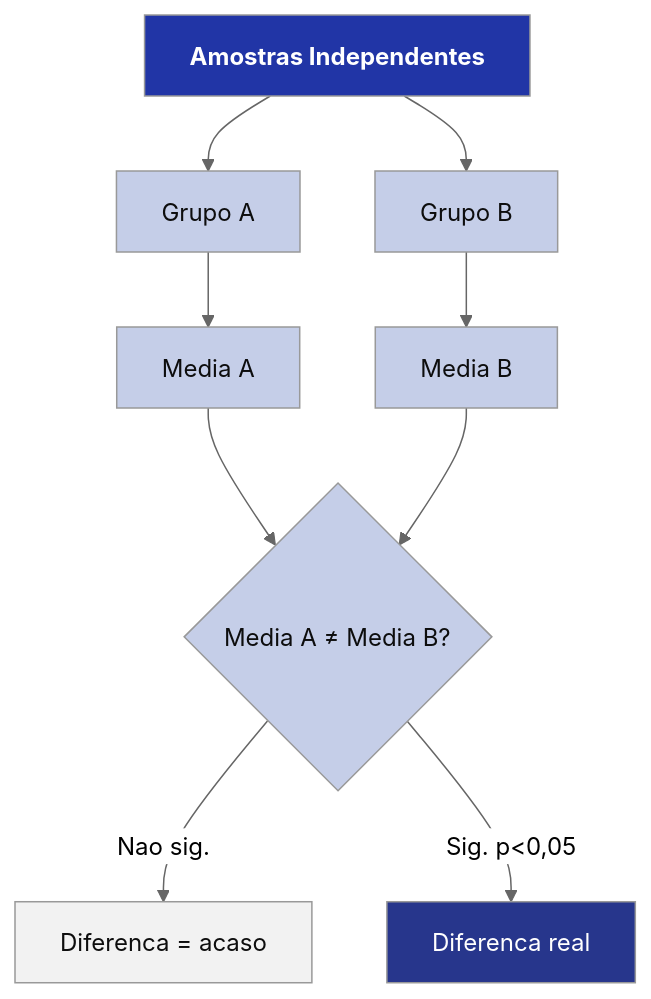
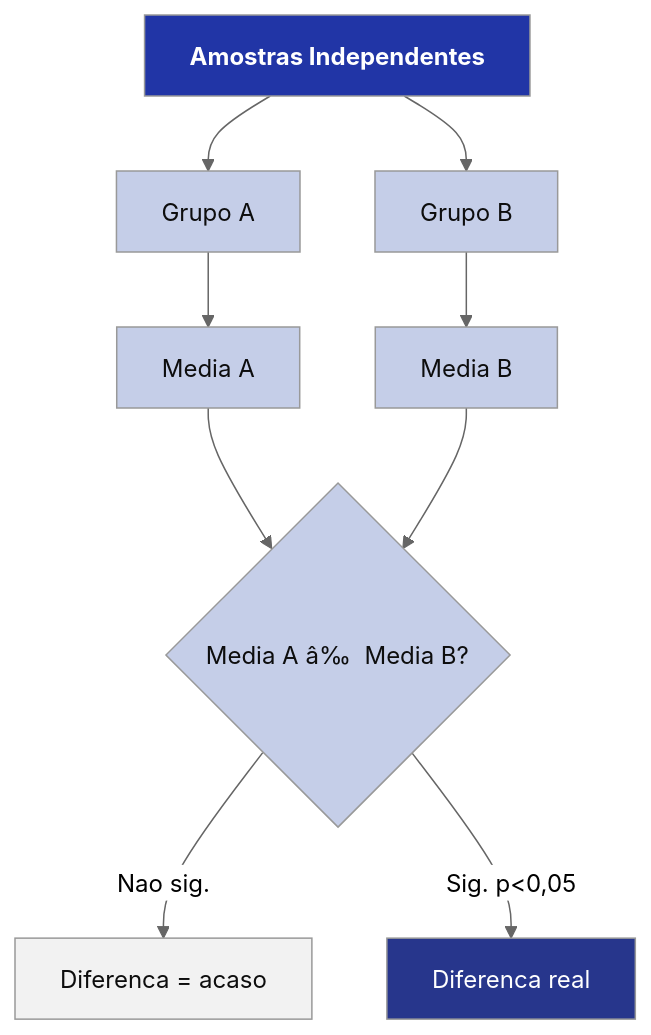
Before and after one commit to ldvsantos/cv: the second of 2 diagrams in aulas/analise_dados_ambientais/aulas/08_teste_t/teste_t.qmd, drawn with Mermaid (neutral theme). The commit also changed other lines of this file and 245 other files, not shown here.

````diff
--- a/aulas/analise_dados_ambientais/aulas/08_teste_t/teste_t.qmd
+++ b/aulas/analise_dados_ambientais/aulas/08_teste_t/teste_t.qmd
@@ -285,21 +285,21 @@
 ```{mermaid}
 %%| fig-width: 5
 flowchart TD
     A["<b style='color:#fff; font-weight:bold'>Amostras Independentes</b>"] --> B["Grupo A"]
     A --> C["Grupo B"]
     B --> D["Media A"]
     C --> E["Media B"]
-    D --> F{"Media A ≠ Media B?"}
+    D --> F{"Media A â‰  Media B?"}
     E --> F
     F -- "Nao sig." --> G["Diferenca = acaso"]
     F -- "Sig. p<0,05" --> H["Diferenca real"]
 
     style A fill:#2135A6,color:#fff,font-weight:bold
     style B fill:#C5CEE8,color:#0D0D0D
     style C fill:#C5CEE8,color:#0D0D0D
     style F fill:#C5CEE8,color:#0D0D0D
     style G fill:#F2F2F2,color:#0D0D0D
     style H fill:#27368C,color:#fff
     style D fill:#C5CEE8,color:#0D0D0D
     style E fill:#C5CEE8,color:#0D0D0D
 ```
````
